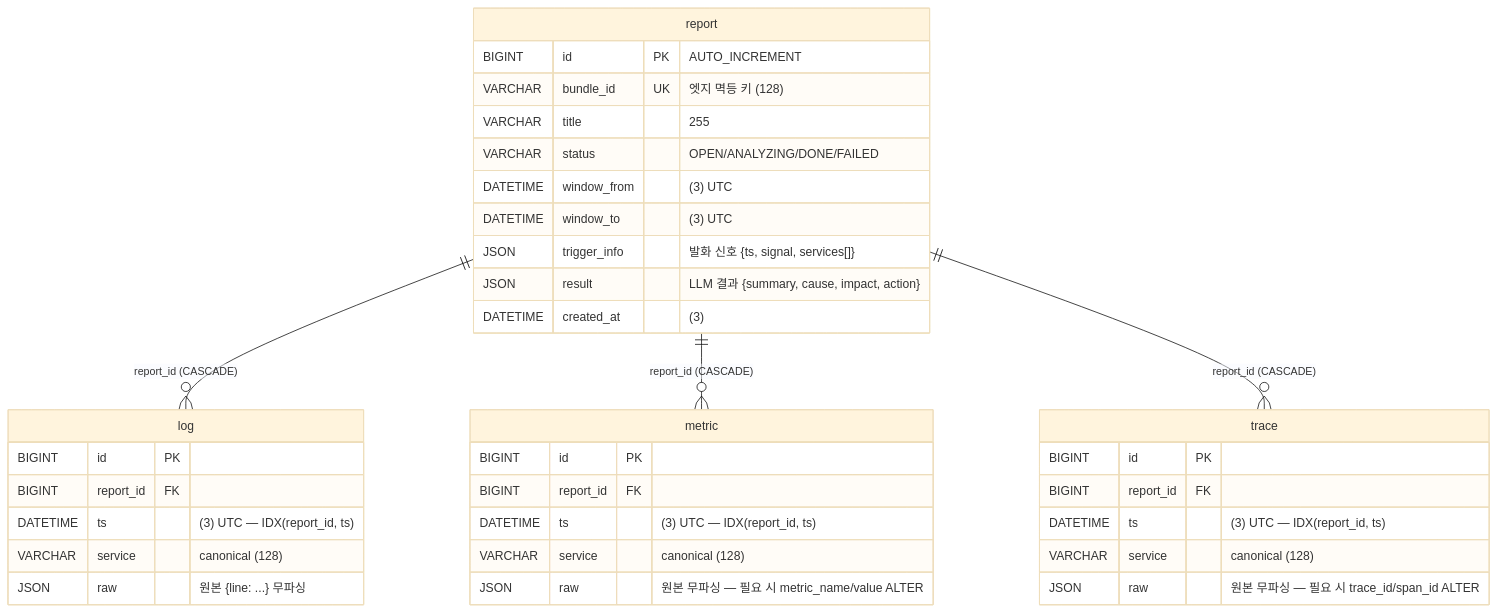
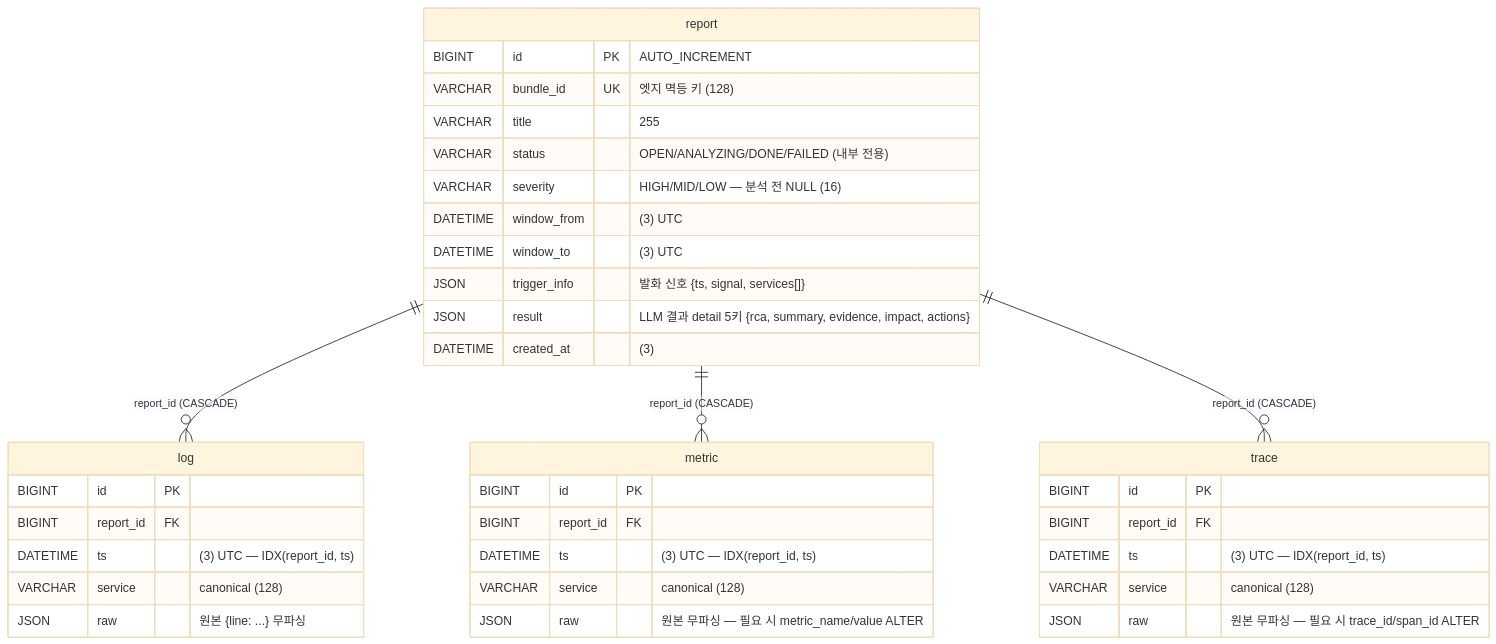
The diagram in docs/schema.md (KT-AX-ICT/chok-v2-spring-backend), drawn with Mermaid (base theme) before and after one commit. The commit also changed other lines of this file and 3 other files, not shown here.

````diff
--- a/docs/schema.md
+++ b/docs/schema.md
@@ -10,39 +11,40 @@
 ```mermaid
 erDiagram
     report ||--o{ log    : "report_id (CASCADE)"
     report ||--o{ metric : "report_id (CASCADE)"
     report ||--o{ trace  : "report_id (CASCADE)"
 
     report {
         BIGINT   id           PK "AUTO_INCREMENT"
         VARCHAR  bundle_id    UK "엣지 멱등 키 (128)"
         VARCHAR  title           "255"
-        VARCHAR  status          "OPEN/ANALYZING/DONE/FAILED"
+        VARCHAR  status          "OPEN/ANALYZING/DONE/FAILED (내부 전용)"
+        VARCHAR  severity        "HIGH/MID/LOW — 분석 전 NULL (16)"
         DATETIME window_from     "(3) UTC"
         DATETIME window_to       "(3) UTC"
         JSON     trigger_info    "발화 신호 {ts, signal, services[]}"
-        JSON     result          "LLM 결과 {summary, cause, impact, action}"
+        JSON     result          "LLM 결과 detail 5키 {rca, summary, evidence, impact, actions}"
         DATETIME created_at      "(3)"
     }
     log {
         BIGINT   id        PK
         BIGINT   report_id FK
         DATETIME ts           "(3) UTC — IDX(report_id, ts)"
         VARCHAR  service      "canonical (128)"
         JSON     raw          "원본 {line: ...} 무파싱"
     }
     metric {
         BIGINT   id        PK
         BIGINT   report_id FK
         DATETIME ts           "(3) UTC — IDX(report_id, ts)"
         VARCHAR  service      "canonical (128)"
         JSON     raw          "원본 무파싱 — 필요 시 metric_name/value ALTER"
     }
     trace {
         BIGINT   id        PK
         BIGINT   report_id FK
         DATETIME ts           "(3) UTC — IDX(report_id, ts)"
         VARCHAR  service      "canonical (128)"
         JSON     raw          "원본 무파싱 — 필요 시 trace_id/span_id ALTER"
     }
 ```
````
